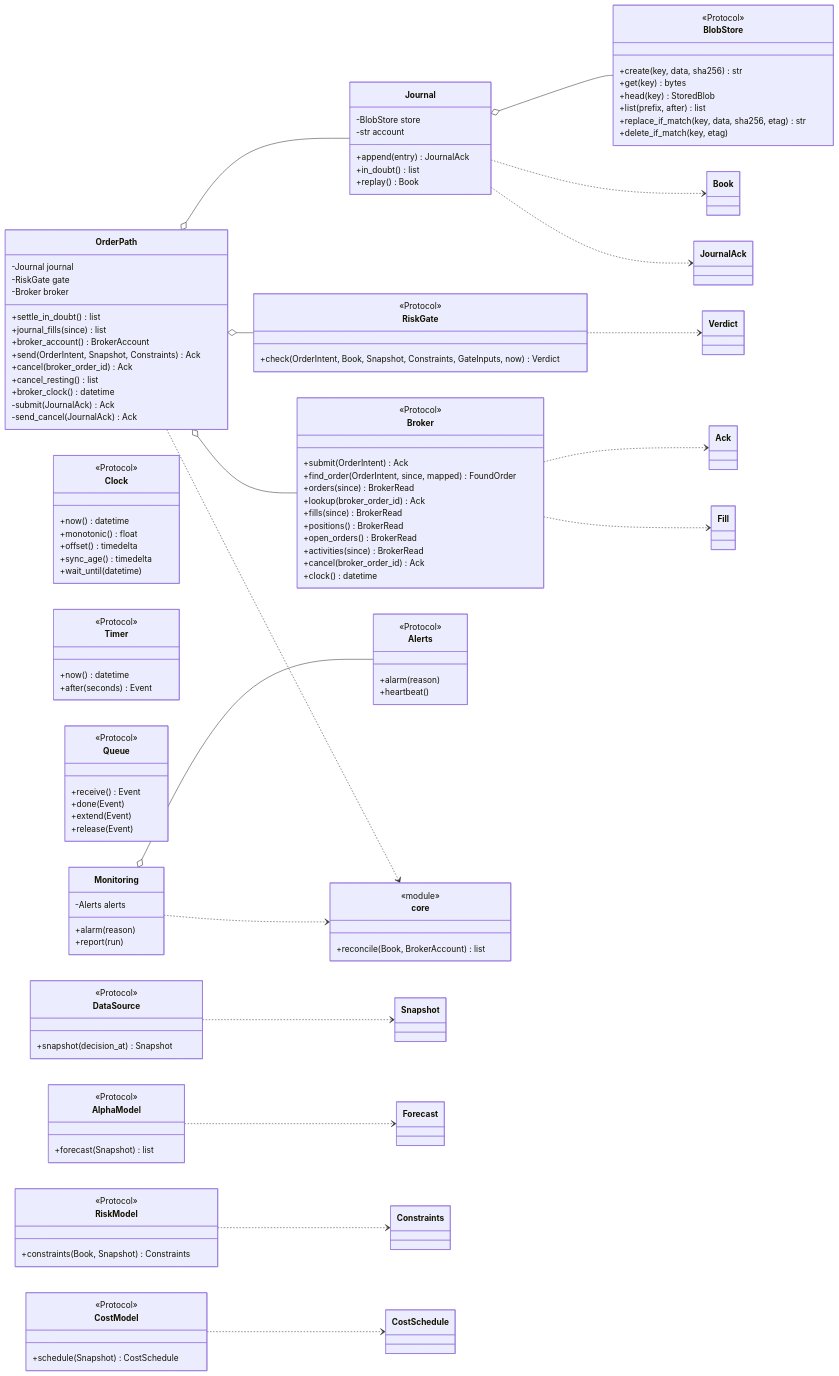
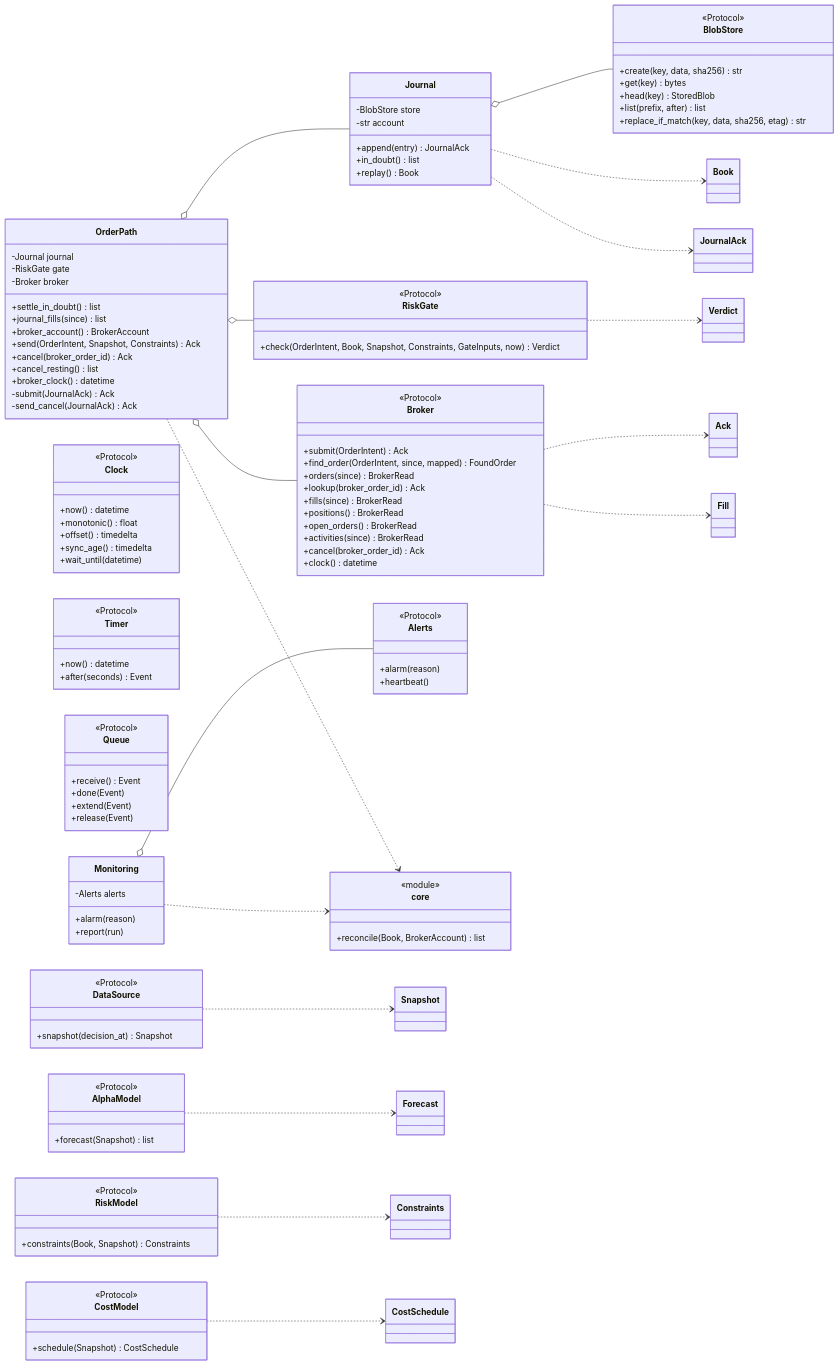
Before and after one commit to l3a0/ithildin-runtime: diagram 28 of 35 in docs/architecture.md, drawn with Mermaid. The commit also changed other lines of this file and 2 other files, not shown here.

```diff
--- a/docs/architecture.md
+++ b/docs/architecture.md
@@ -1975,7 +1975,6 @@
         +head(key) StoredBlob
         +list(prefix, after) list
         +replace_if_match(key, data, sha256, etag) str
-        +delete_if_match(key, etag)
     }
     class Alerts {
         <<Protocol>>
```
